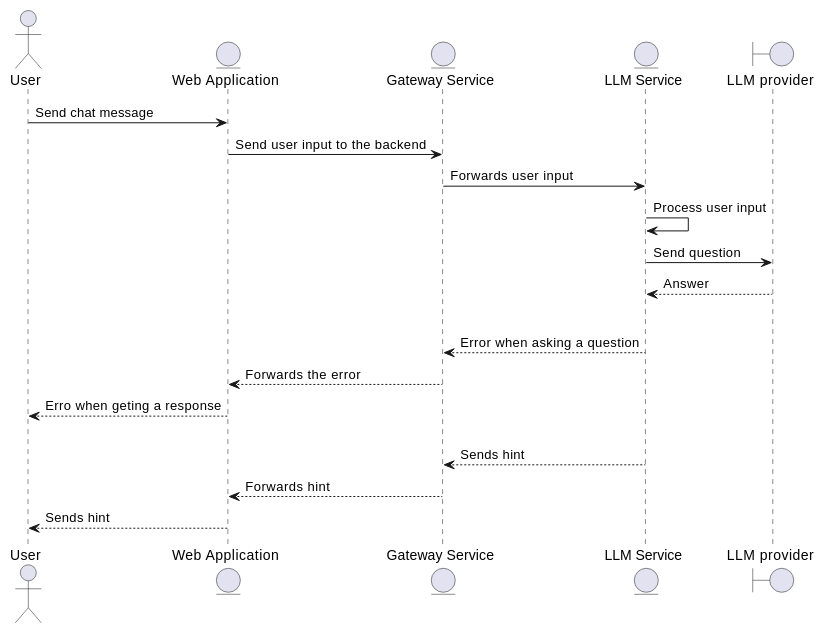
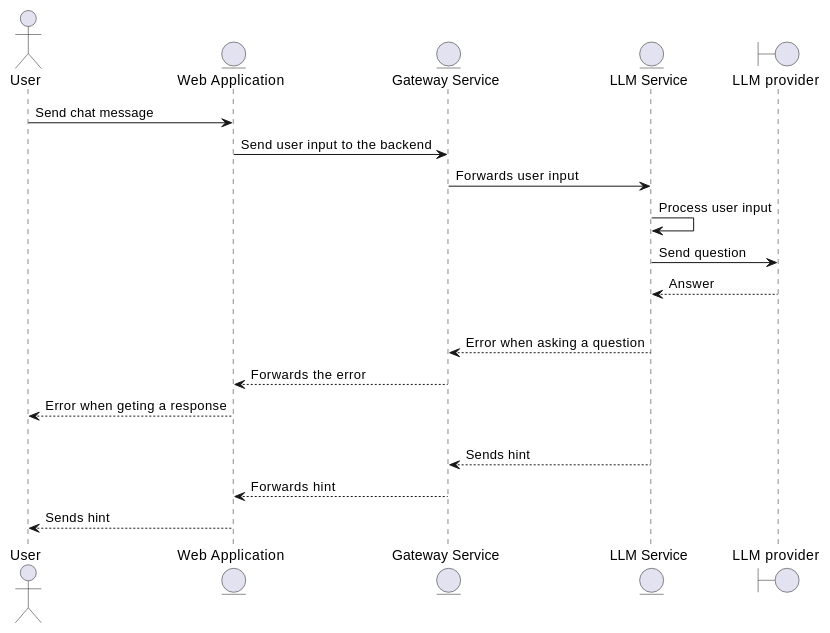
Before and after one commit to Arquisoft/wichat_en1b: the fourth of 6 diagrams in docs/src/06_runtime_view.adoc, drawn with PlantUML. The commit also changed other lines of this file, not shown here.

Commit message:
Created Game Interanction Flow and Statistics Interaction Flow runtime view sequence

```diff
--- a/docs/src/06_runtime_view.adoc
+++ b/docs/src/06_runtime_view.adoc
@@ -170,23 +170,23 @@
 [plantuml,"LLM Chat Interaction",png]
 ----
 actor User
 entity "Web Application" as App
 entity "Gateway Service" as Gat
 entity "LLM Service" as LLM
 boundary "LLM provider" as LLMP
 
 User -> App: Send chat message
 App -> Gat: Send user input to the backend
 Gat -> LLM: Forwards user input
 LLM -> LLM: Process user input
 LLM -> LLMP: Send question
 LLMP --> LLM: Answer 
-alt If connection fails
+alt Connection failure
     LLM --> Gat: Error when asking a question
     Gat --> App: Forwards the error
-    App --> User: Erro when geting a response
-else I connection is successful
+    App --> User: Error when geting a response
+else Connection successful
     LLM --> Gat: Sends hint
     Gat --> App: Forwards hint
     App --> User: Sends hint
 ----
```
